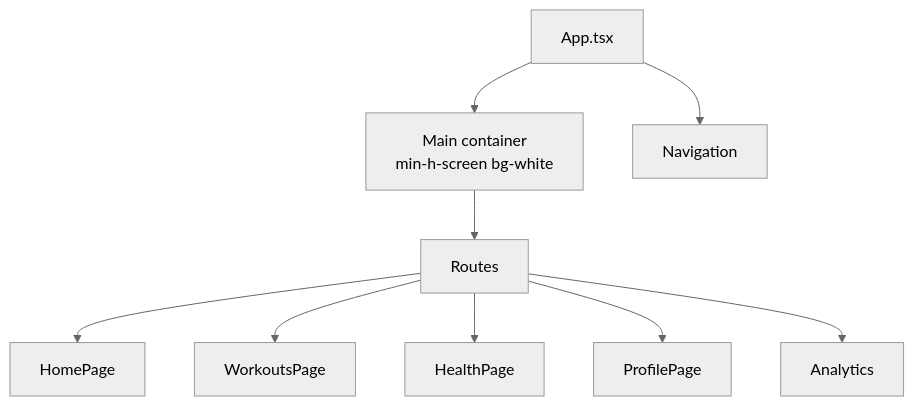
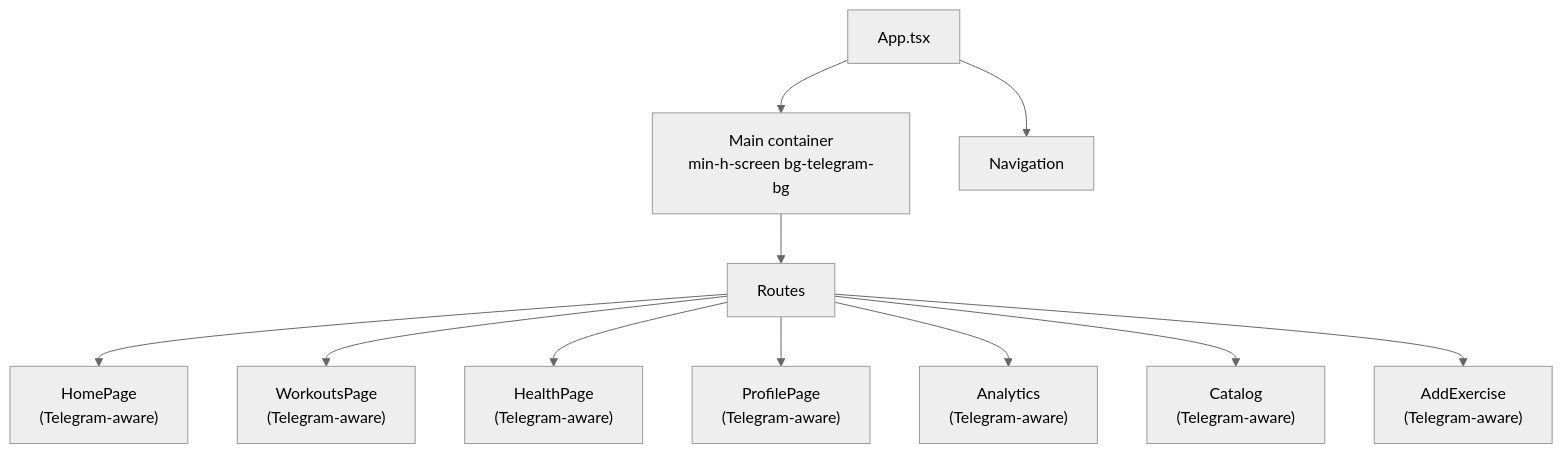
One commit to nilsnavi/fit_trackerpro changed the fourth of 9 diagrams in .qoder/repowiki/en/content/Frontend Component Architecture/Frontend Component Architecture.md. Above: the diagram before and after it, drawn with Mermaid (neutral theme). The commit also changed other lines of this file and 26 other files, not shown here.

````diff
--- a/.qoder/repowiki/en/content/Frontend Component Architecture/Frontend Component Architecture.md
+++ b/.qoder/repowiki/en/content/Frontend Component Architecture/Frontend Component Architecture.md
@@ -219,11 +252,13 @@
 ```mermaid
 graph TB
-APP["App.tsx"] --> LAYOUT["Main container<br/>min-h-screen bg-white"]
+APP["App.tsx"] --> LAYOUT["Main container<br/>min-h-screen bg-telegram-bg"]
 LAYOUT --> ROUTES["Routes"]
-ROUTES --> PAGE_HOME["HomePage"]
-ROUTES --> PAGE_WORKOUTS["WorkoutsPage"]
-ROUTES --> PAGE_HEALTH["HealthPage"]
-ROUTES --> PAGE_PROFILE["ProfilePage"]
-ROUTES --> PAGE_ANALYTICS["Analytics"]
+ROUTES --> PAGE_HOME["HomePage<br/>(Telegram-aware)"]
+ROUTES --> PAGE_WORKOUTS["WorkoutsPage<br/>(Telegram-aware)"]
+ROUTES --> PAGE_HEALTH["HealthPage<br/>(Telegram-aware)"]
+ROUTES --> PAGE_PROFILE["ProfilePage<br/>(Telegram-aware)"]
+ROUTES --> PAGE_ANALYTICS["Analytics<br/>(Telegram-aware)"]
+ROUTES --> PAGE_CATALOG["Catalog<br/>(Telegram-aware)"]
+ROUTES --> PAGE_ADD_EXERCISE["AddExercise<br/>(Telegram-aware)"]
 APP --> NAV["Navigation"]
 ```
````
